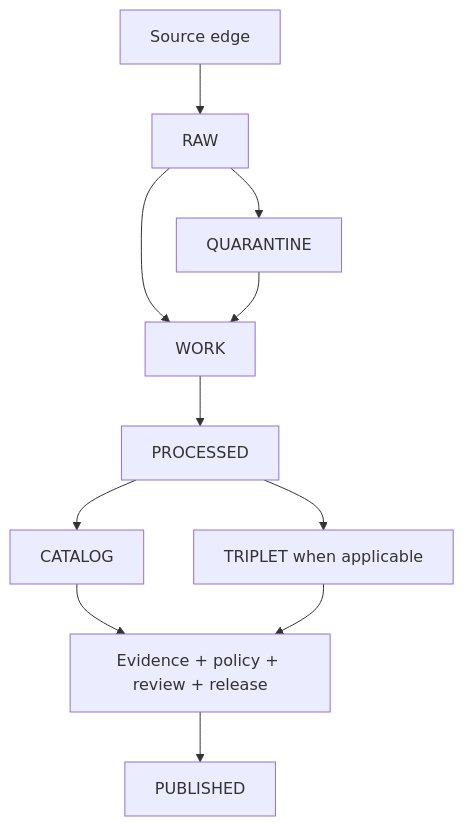
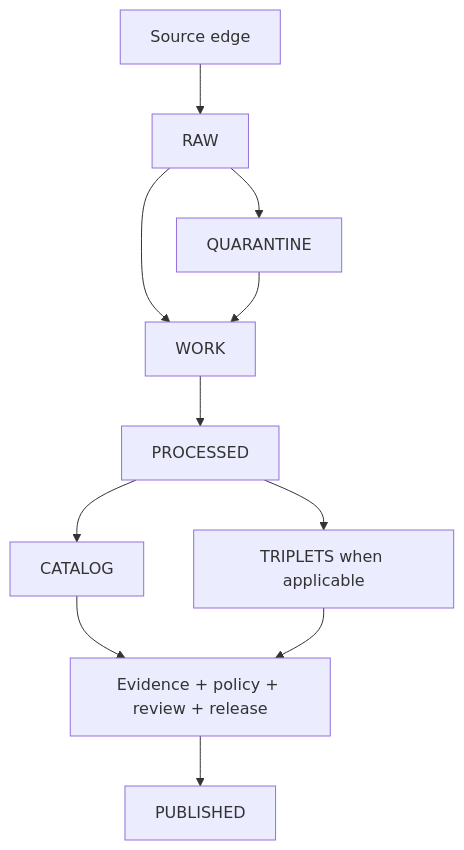
One commit to bartytime4life/Kansas-Frontier-Matrix changed the first of 3 diagrams in docs/architecture/SKELETON_MAP.md. Above: the diagram before and after it, drawn with Mermaid. The commit also changed other lines of this file and 1 other file, not shown here.

Commit message:
docs(architecture): refresh skeleton map

````diff
--- a/docs/architecture/SKELETON_MAP.md
+++ b/docs/architecture/SKELETON_MAP.md
@@ -258,13 +298,13 @@
 ```mermaid
 flowchart TD
   source["Source edge"] --> raw["RAW"]
   raw --> work["WORK"]
   raw --> quarantine["QUARANTINE"]
   quarantine --> work
   work --> processed["PROCESSED"]
   processed --> catalog["CATALOG"]
-  processed --> triplet["TRIPLET when applicable"]
+  processed --> triplets["TRIPLETS when applicable"]
   catalog --> gate["Evidence + policy + review + release"]
-  triplet --> gate
+  triplets --> gate
   gate --> published["PUBLISHED"]
 ```
````
